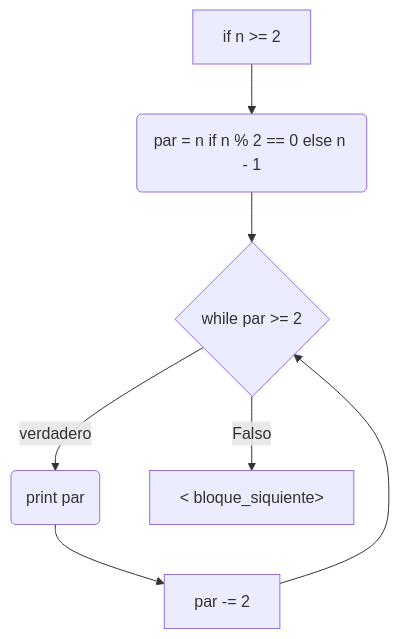
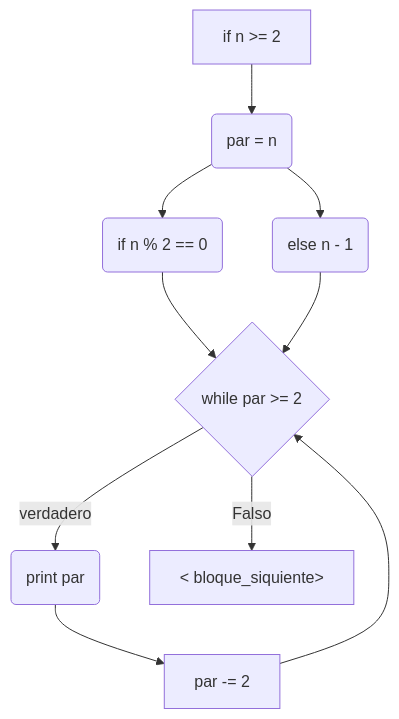
One commit to Mari03-any/Reto_6 changed the third of 3 diagrams in README.md. Above: the diagram before and after it, drawn with Mermaid.

Commit message:
README.md

````diff
--- a/README.md
+++ b/README.md
@@ -30,8 +30,11 @@
 ```mermaid
 flowchart TD
-    A[ if n >= 2 ] --> B(par = n if n % 2 == 0 else n - 1) --> C{while par >= 2}
-    C -->|verdadero| D( print par )
-    C -->|Falso| E[ < bloque_siquiente> ]
-    D --> F[ par -= 2]
-    F --> C
+    A[ if n >= 2 ] --> B(par = n )
+    B --> C(if n % 2 == 0) --> E
+    B --> D(else n - 1) --> E
+    E{while par >= 2}
+    E -->|verdadero| F( print par )
+    E -->|Falso| G[ < bloque_siquiente> ]
+    F --> H[ par -= 2]
+    H --> E
 ```
````
